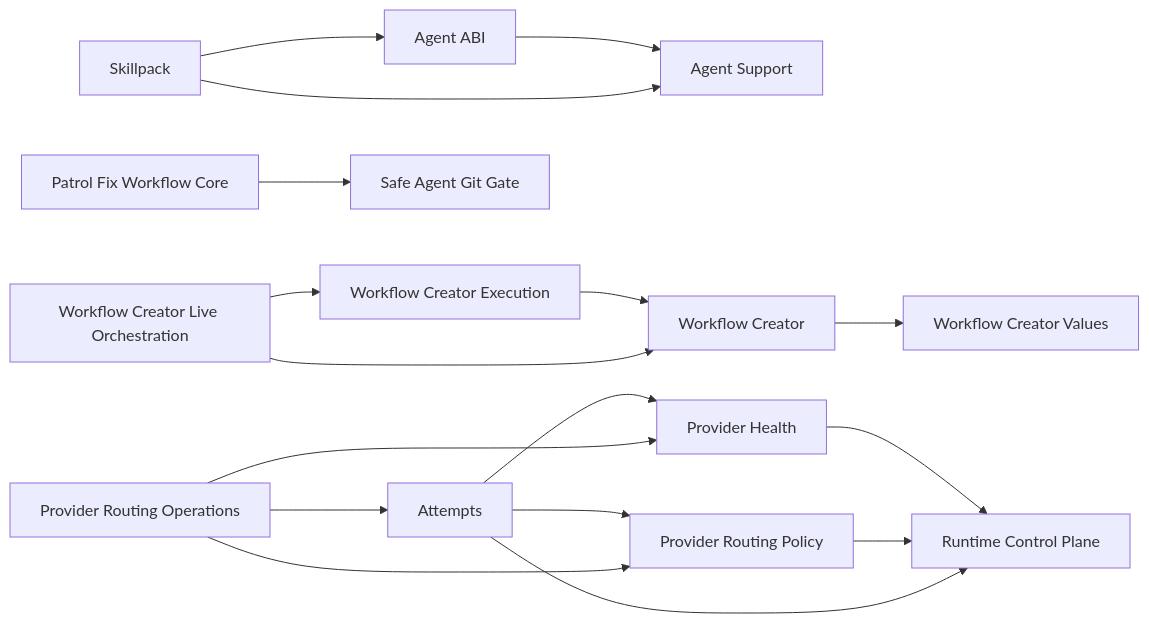
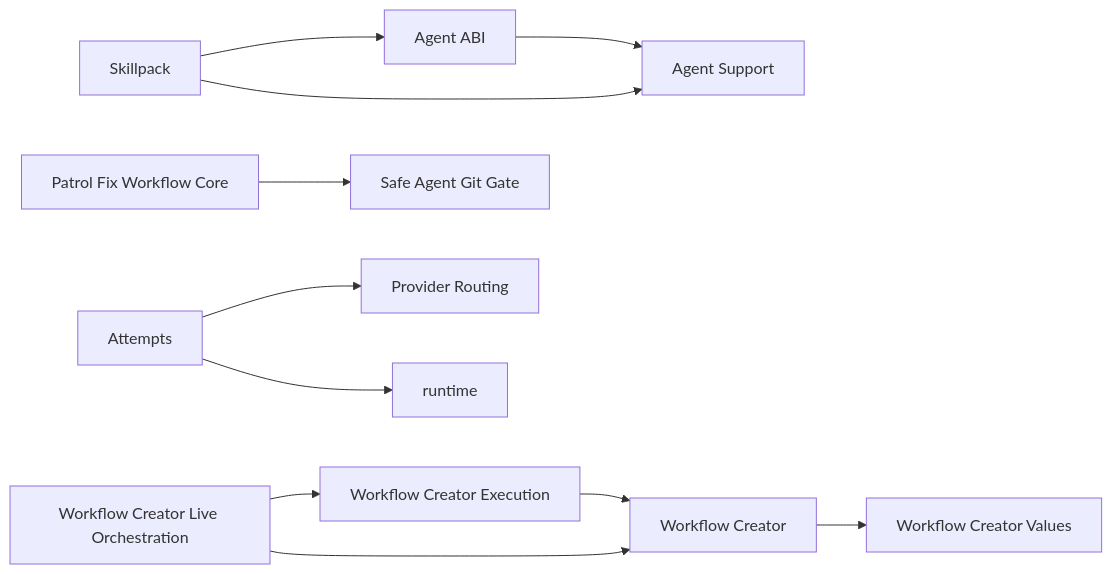
Before and after one commit to ivankuznetsov/hive: the diagram in wiki/component-boundaries.md, drawn with Mermaid. The commit also changed other lines of this file and 36 other files, not shown here.

First line of the commit message:
refactor(runtime): remove retired routing surfaces (U6)

````diff
--- a/wiki/component-boundaries.md
+++ b/wiki/component-boundaries.md
@@ -49,19 +46,13 @@
 ```mermaid
 flowchart LR
   agent_abi[Agent ABI] --> agent_support[Agent Support]
   skillpack[Skillpack] --> agent_abi[Agent ABI]
   skillpack[Skillpack] --> agent_support[Agent Support]
   workflow_execution[Workflow Creator Execution] --> workflow_core[Workflow Creator]
   workflow_live[Workflow Creator Live Orchestration] --> workflow_execution
   workflow_live --> workflow_core
   workflow_core --> workflow_values[Workflow Creator Values]
   patrol_fix[Patrol Fix Workflow Core] --> git_gate[Safe Agent Git Gate]
-  provider_health[Provider Health] --> runtime[Runtime Control Plane]
-  provider_routing[Provider Routing Policy] --> runtime[Runtime Control Plane]
-  attempts[Attempts] --> provider_health[Provider Health]
-  attempts --> provider_routing[Provider Routing Policy]
+  attempts[Attempts] --> provider_routing[Provider Routing]
   attempts --> runtime
-  routing_operations[Provider Routing Operations] --> attempts
-  routing_operations --> provider_health
-  routing_operations --> provider_routing
 ```
````
